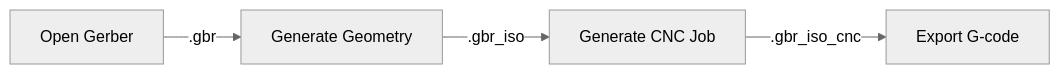
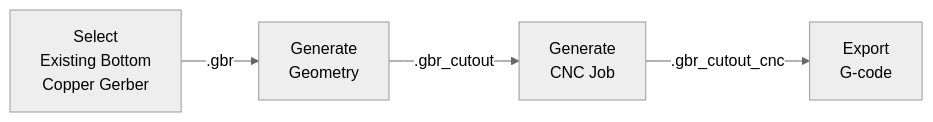
The diagram in content/docs/flatcam/cutout/rectangular.md (rahji/pcbmilling), drawn with Mermaid (neutral theme) before and after one commit. The commit also changed other lines of this file and 11 other files, not shown here.

```diff
--- a/content/docs/flatcam/cutout/rectangular.md
+++ b/content/docs/flatcam/cutout/rectangular.md
@@ -11,6 +12,6 @@
 {{< mermaid >}}
 graph LR
-    A[Open Gerber]-->|.gbr|B[Generate Geometry]
-    B-->|.gbr_iso|C[Generate CNC Job]
-    C-->|.gbr_iso_cnc|D[Export G-code]
+    A[Select<br>Existing Bottom<br>Copper Gerber]-->|.gbr|B[Generate<br>Geometry]
+    B-->|.gbr_cutout|C[Generate<br>CNC Job]
+    C-->|.gbr_cutout_cnc|D[Export<br>G-code]
 {{< /mermaid >}}
```
